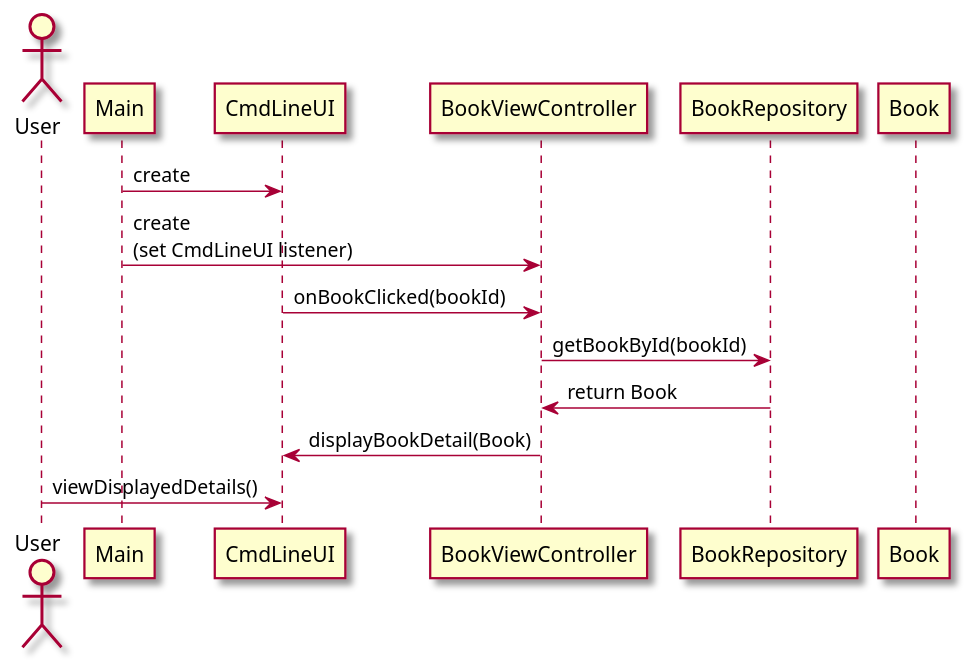
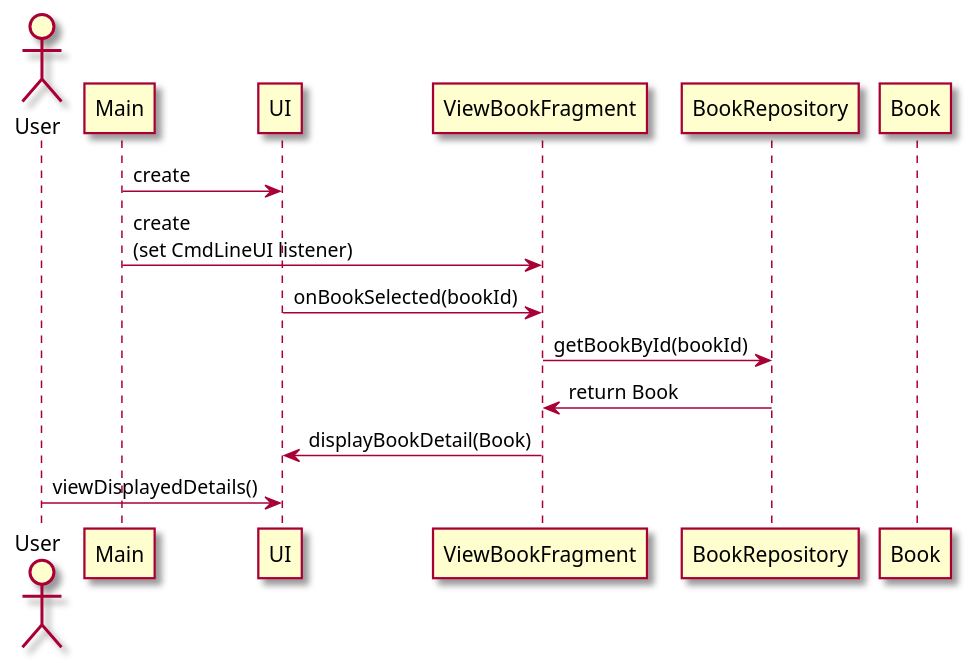
The second of 2 diagrams in intellij/doc/use-cases/view-book.md (Khurshid03/team-2b), drawn with PlantUML before and after one commit. The commit also changed 17 other files, not shown here.

````diff
--- a/intellij/doc/use-cases/view-book.md
+++ b/intellij/doc/use-cases/view-book.md
@@ -51,25 +51,25 @@
 ```plantuml
 
 @startuml
 
 skin rose
 
 actor User
 participant Main
-participant CmdLineUI
-participant BookViewController
+participant UI
+participant ViewBookFragment
 participant BookRepository
 participant Book
 
-Main -> CmdLineUI : create
-Main -> BookViewController : create\n(set CmdLineUI listener)
-CmdLineUI -> BookViewController : onBookClicked(bookId)
+Main -> UI : create
+Main -> ViewBookFragment : create\n(set CmdLineUI listener)
+UI -> ViewBookFragment : onBookSelected(bookId)
 
-BookViewController -> BookRepository : getBookById(bookId)
-BookRepository -> BookViewController : return Book
+ViewBookFragment -> BookRepository : getBookById(bookId)
+BookRepository -> ViewBookFragment : return Book
 
-BookViewController -> CmdLineUI : displayBookDetail(Book)
-User -> CmdLineUI : viewDisplayedDetails()
+ViewBookFragment -> UI : displayBookDetail(Book)
+User -> UI : viewDisplayedDetails()
 
 @enduml
 ```
````
